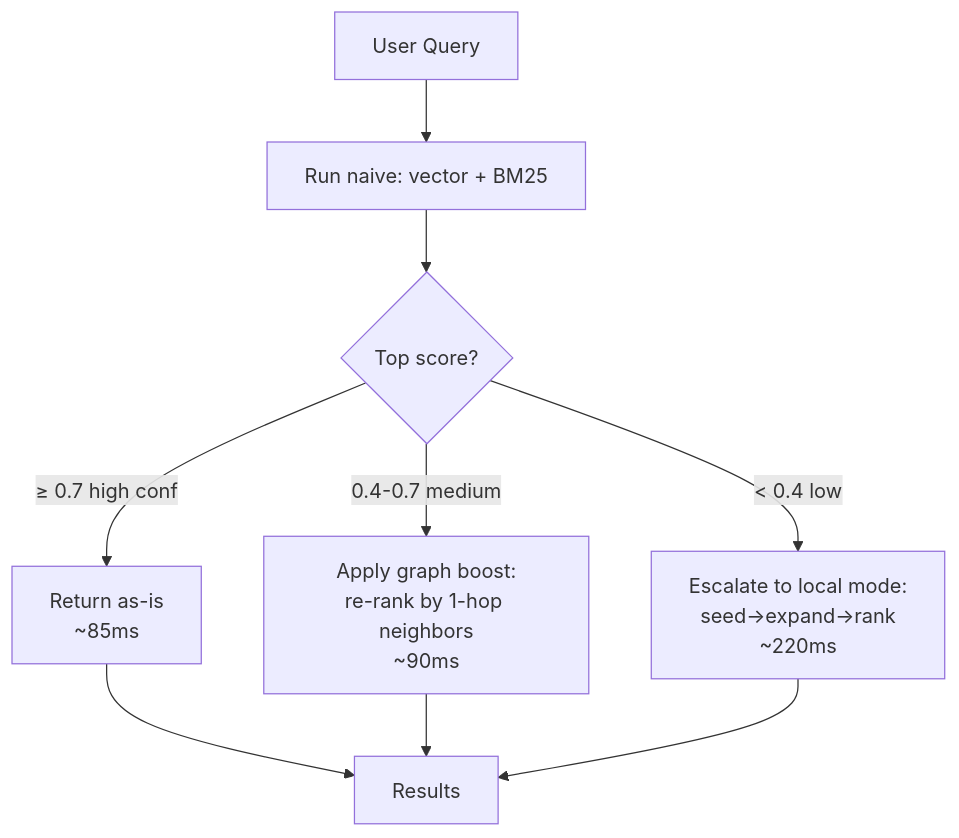
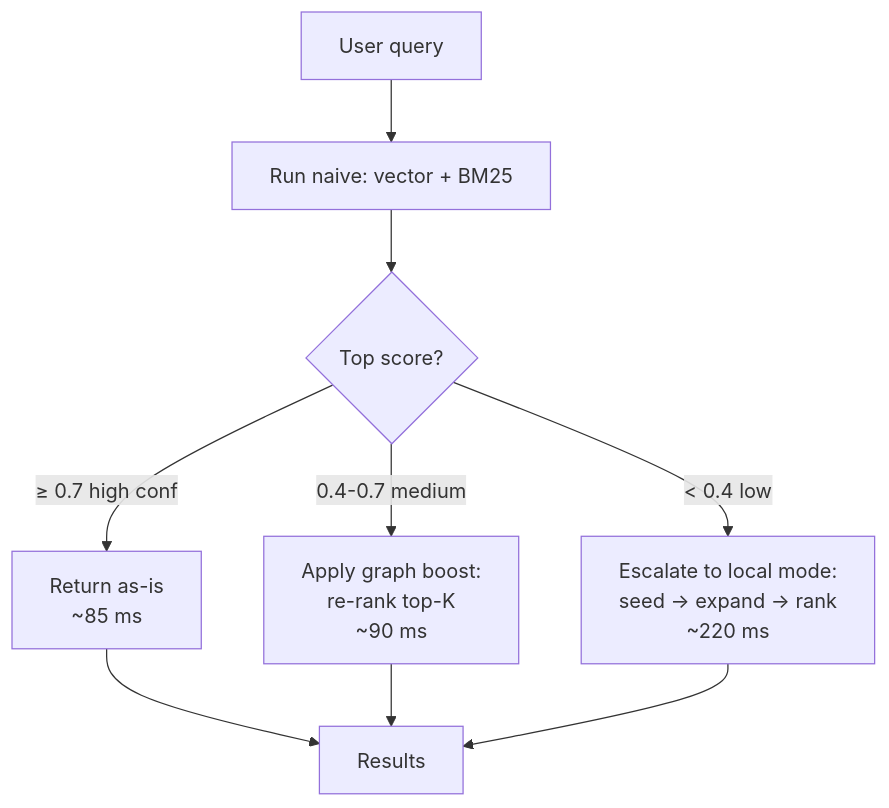
One commit to yonk-labs/pg-raggraph changed the second of 3 diagrams in README.md. Above: the diagram before and after it, drawn with Mermaid. The commit also changed other lines of this file and 1 other file, not shown here.

````diff
--- a/README.md
+++ b/README.md
@@ -72,11 +215,11 @@
 ```mermaid
 flowchart TD
-    Q[User Query] --> N[Run naive: vector + BM25]
+    Q[User query] --> N[Run naive: vector + BM25]
     N --> C{Top score?}
-    C -->|≥ 0.7 high conf| SHIP[Return as-is<br/>~85ms]
-    C -->|0.4-0.7 medium| BOOST[Apply graph boost:<br/>re-rank by 1-hop neighbors<br/>~90ms]
-    C -->|< 0.4 low| EXPAND[Escalate to local mode:<br/>seed→expand→rank<br/>~220ms]
+    C -->|≥ 0.7 high conf| SHIP[Return as-is<br/>~85 ms]
+    C -->|0.4-0.7 medium| BOOST[Apply graph boost:<br/>re-rank top-K<br/>~90 ms]
+    C -->|< 0.4 low| EXPAND[Escalate to local mode:<br/>seed → expand → rank<br/>~220 ms]
     SHIP --> R[Results]
     BOOST --> R
     EXPAND --> R
 ```
````
